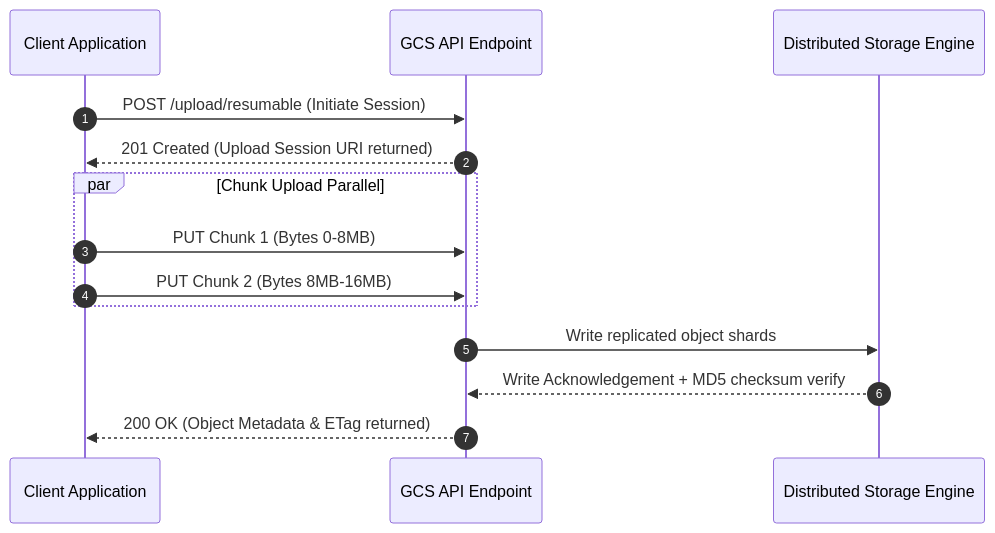
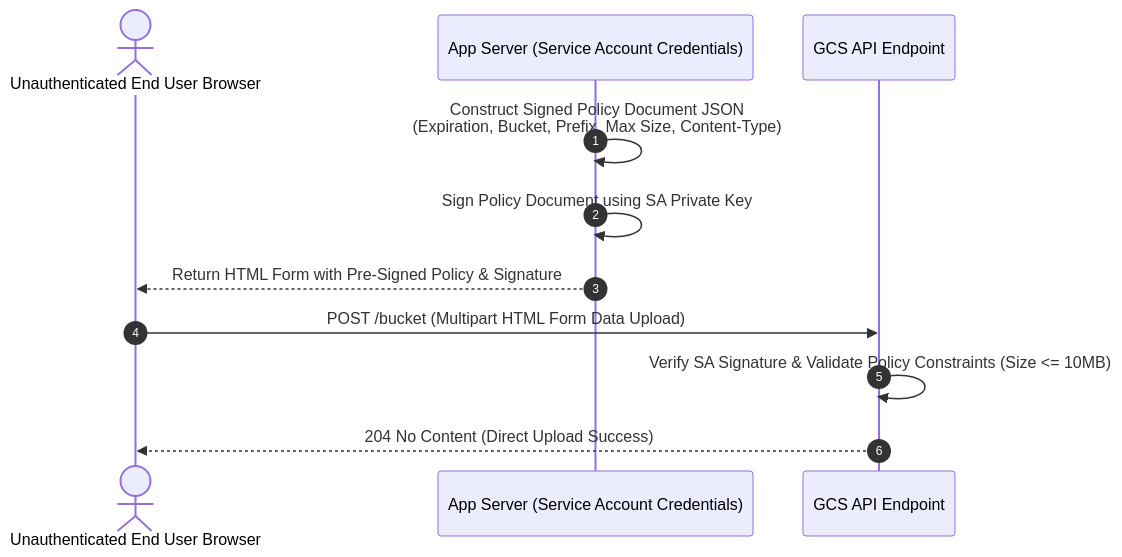
Before and after one commit to Chief-Strategist-J/gcd: the fourth of 5 diagrams in cloud-storage/hld-lld-design.md, drawn with Mermaid. The commit also changed other lines of this file and 16 other files, not shown here.

Commit message:
docs: add Cloud SQL and Firestore modules with architecture, decision trees, shell commands, and references

````diff
--- a/cloud-storage/hld-lld-design.md
+++ b/cloud-storage/hld-lld-design.md
@@ -46,19 +145,14 @@
 ```mermaid
 sequenceDiagram
     autonumber
-    participant Client as Client Application
+    actor User as Unauthenticated End User Browser
+    participant App as App Server (Service Account Credentials)
     participant GCS as GCS API Endpoint
-    participant Disk as Distributed Storage Engine
 
-    Client->>GCS: POST /upload/resumable (Initiate Session)
-    GCS-->>Client: 201 Created (Upload Session URI returned)
-    
-    par Chunk Upload Parallel
-        Client->>GCS: PUT Chunk 1 (Bytes 0-8MB)
-        Client->>GCS: PUT Chunk 2 (Bytes 8MB-16MB)
-    end
-
-    GCS->>Disk: Write replicated object shards
-    Disk-->>GCS: Write Acknowledgement + MD5 checksum verify
-    GCS-->>Client: 200 OK (Object Metadata & ETag returned)
+    App->>App: Construct Signed Policy Document JSON<br/>(Expiration, Bucket, Prefix, Max Size, Content-Type)
+    App->>App: Sign Policy Document using SA Private Key
+    App-->>User: Return HTML Form with Pre-Signed Policy & Signature
+    User->>GCS: POST /bucket (Multipart HTML Form Data Upload)
+    GCS->>GCS: Verify SA Signature & Validate Policy Constraints (Size <= 10MB)
+    GCS-->>User: 204 No Content (Direct Upload Success)
 ```
````
